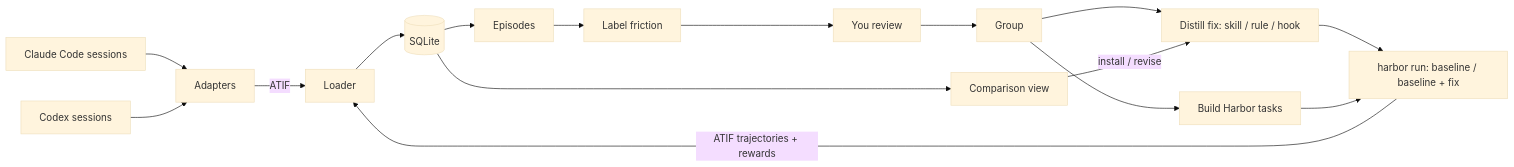
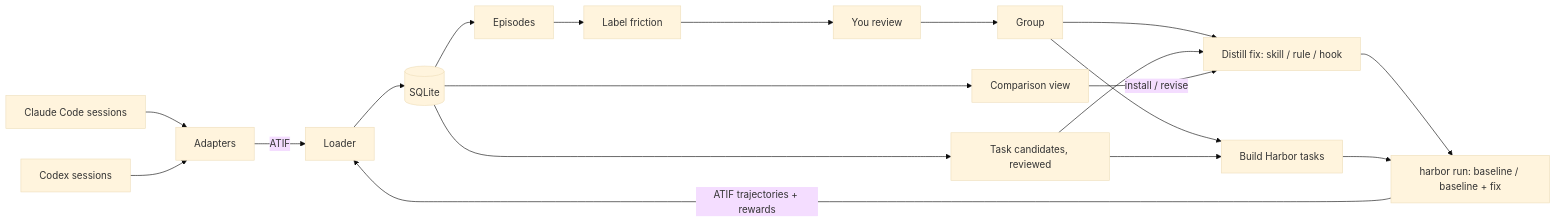
Before and after one commit to adrianliu/fastapi-react: the diagram in docs/spec.md, drawn with Mermaid (base theme). The commit also changed other lines of this file, not shown here.

````diff
--- a/docs/spec.md
+++ b/docs/spec.md
@@ -30,18 +37,21 @@
 ```mermaid
 flowchart LR
   CC[Claude Code sessions] --> AD[Adapters]
   CX[Codex sessions] --> AD
   AD -- ATIF --> LD[Loader]
   LD --> DB[(SQLite)]
   DB --> EP[Episodes]
   EP --> LAB[Label friction]
   LAB --> REV[You review]
   REV --> GRP[Group]
+  DB --> TC[Task candidates, reviewed]
   GRP --> FIX[Distill fix: skill / rule / hook]
+  TC --> FIX
   GRP --> TK[Build Harbor tasks]
+  TC --> TK
   FIX --> RUN
   TK --> RUN[harbor run: baseline / baseline + fix]
   RUN -- ATIF trajectories + rewards --> LD
   DB --> CMP[Comparison view]
   CMP -- install / revise --> FIX
 ```
````
